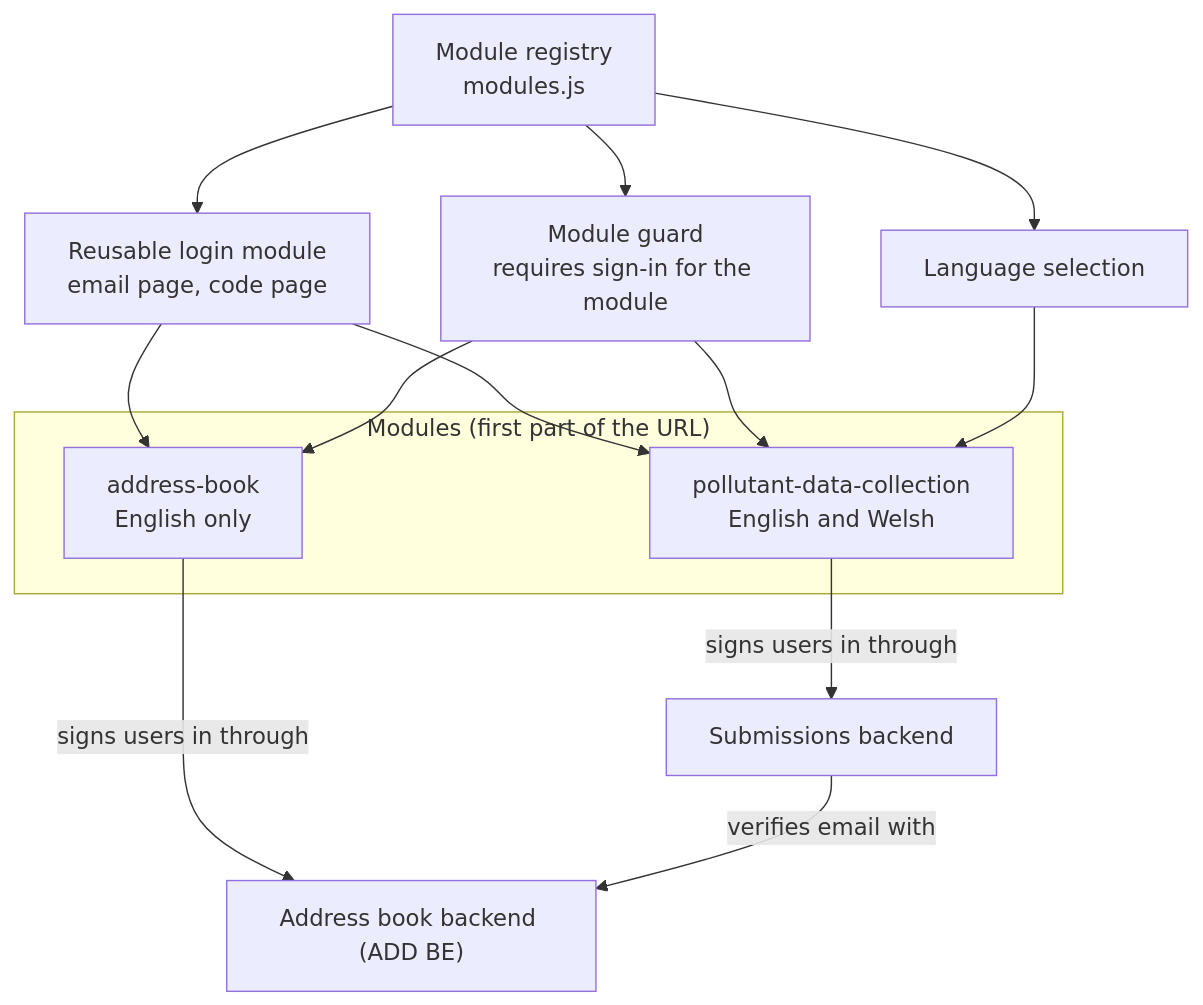
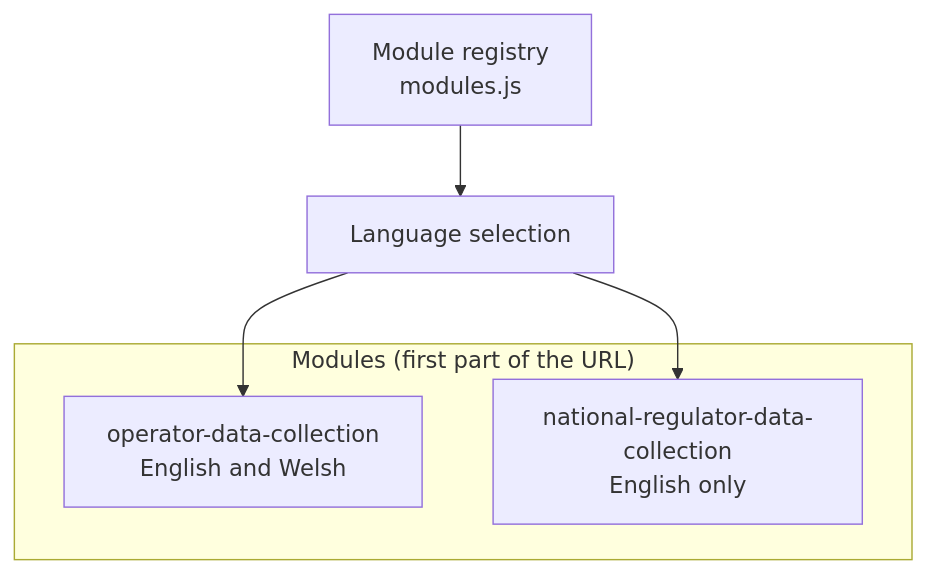
The second of 4 diagrams in docs/architecture.md (DEFRA/aqie-prtr-submissions-frontend), drawn with Mermaid before and after one commit. The commit also changed other lines of this file and 2 other files, not shown here.

````diff
--- a/docs/architecture.md
+++ b/docs/architecture.md
@@ -377,27 +183,14 @@
 ```mermaid
 flowchart TB
   REG["Module registry<br/>modules.js"]
-  LOGIN["Reusable login module<br/>email page, code page"]
   LANG["Language selection"]
-  GUARD["Module guard<br/>requires sign-in for the module"]
 
   subgraph MODS["Modules (first part of the URL)"]
-    AB["address-book<br/>English only"]
-    PDC["pollutant-data-collection<br/>English and Welsh"]
+    OP["operator-data-collection<br/>English and Welsh"]
+    NR["national-regulator-data-collection<br/>English only"]
   end
 
-  ADD["Address book backend (ADD BE)"]
-  SBE["Submissions backend"]
-
-  REG --> LOGIN
   REG --> LANG
-  REG --> GUARD
-  LOGIN --> AB
-  LOGIN --> PDC
-  GUARD --> AB
-  GUARD --> PDC
-  LANG --> PDC
-  AB -->|signs users in through| ADD
-  PDC -->|signs users in through| SBE
-  SBE -->|verifies email with| ADD
+  LANG --> OP
+  LANG --> NR
 ```
````
